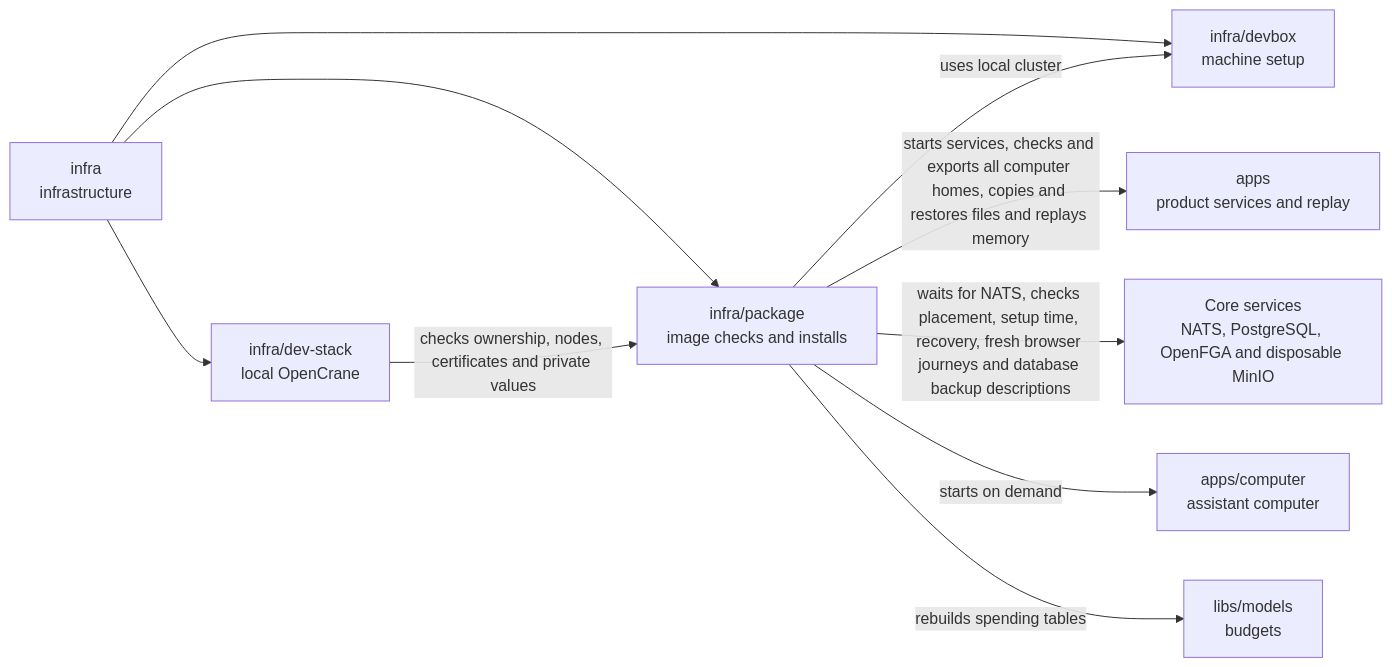
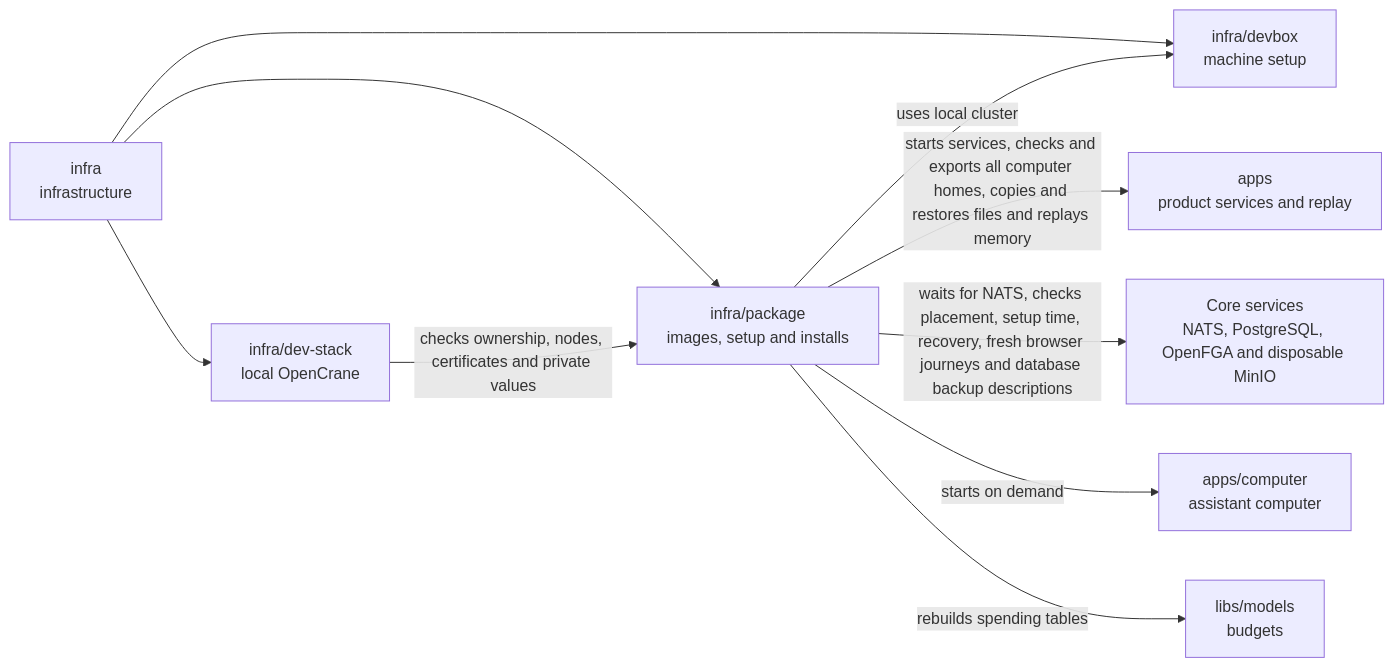
The diagram in infra/package/README.md (elewa-git/opencrane-new), drawn with Mermaid before and after one commit. The commit also changed other lines of this file and 9 other files, not shown here.

First line of the commit message:
📦 The package image ships every module its bootstrap imports (#761)

````diff
--- a/infra/package/README.md
+++ b/infra/package/README.md
@@ -19,12 +19,12 @@
 ```mermaid
 flowchart LR
-  infra["infra<br/>infrastructure"] --> package["infra/package<br/>image checks and installs"]
+  infra["infra<br/>infrastructure"] --> package["infra/package<br/>images, setup and installs"]
   infra --> stack["infra/dev-stack<br/>local OpenCrane"]
   infra --> devbox["infra/devbox<br/>machine setup"]
   stack -->|checks ownership, nodes, certificates and private values| package
   package -->|uses local cluster| devbox
   package -->|starts services, checks and exports all computer homes, copies and restores files and replays memory| apps["apps<br/>product services and replay"]
   package -->|waits for NATS, checks placement, setup time, recovery, fresh browser journeys and database backup descriptions| services["Core services<br/>NATS, PostgreSQL, OpenFGA and disposable MinIO"]
   package -->|starts on demand| computer["apps/computer<br/>assistant computer"]
   package -->|rebuilds spending tables| models["libs/models<br/>budgets"]
 ```
````
